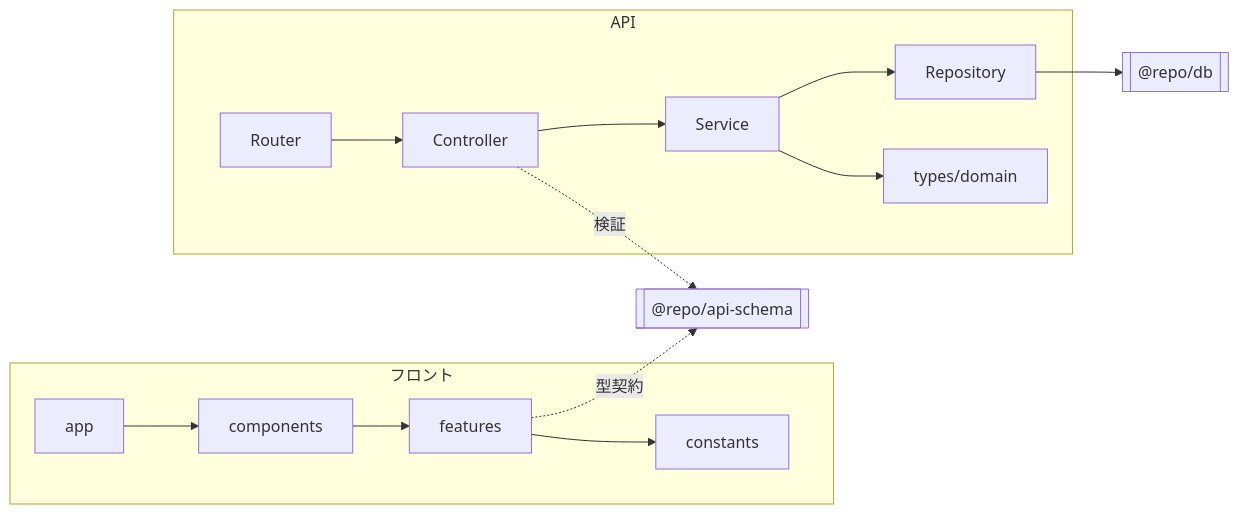
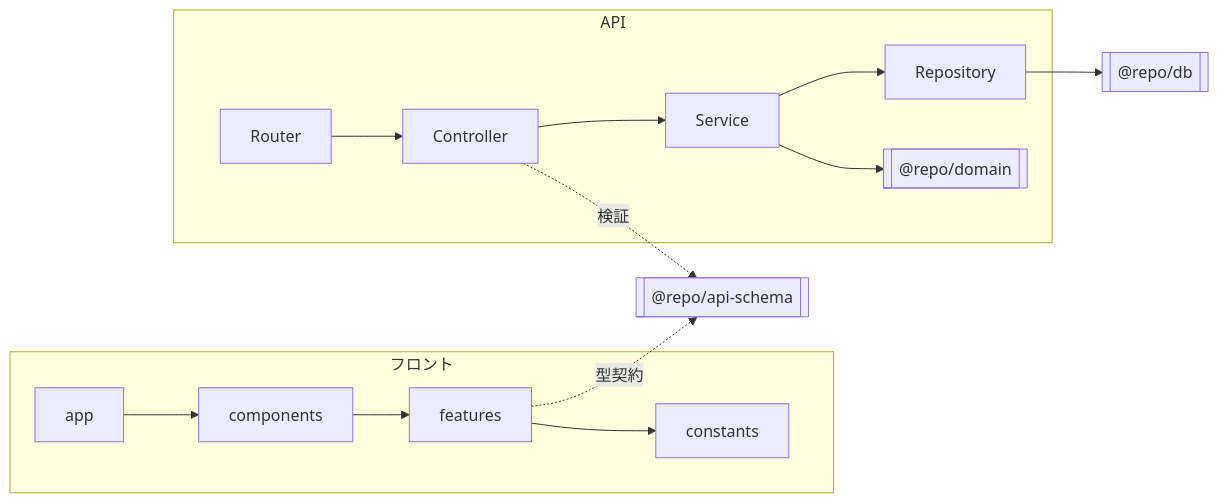
One commit to kentakki416/project-template changed the diagram in docs/onboarding/architecture.md. Above: the diagram before and after it, drawn with Mermaid. The commit also changed other lines of this file and 32 other files, not shown here.

First line of the commit message:
refactor: ドメイン型を @repo/domain に集約し worker の Prisma 型露出を止める

````diff
--- a/docs/onboarding/architecture.md
+++ b/docs/onboarding/architecture.md
@@ -139,13 +140,13 @@
 ```mermaid
 graph LR
     subgraph frontend[フロント]
         app --> components --> features --> constants
     end
     subgraph backend[API]
         Router --> Controller --> Service --> Repository
-        Service --> domain[types/domain]
+        Service --> domain[["@repo/domain"]]
     end
     features -. 型契約 .-> schema[["@repo/api-schema"]]
     Controller -. 検証 .-> schema
     Repository --> db[["@repo/db"]]
 ```
````
